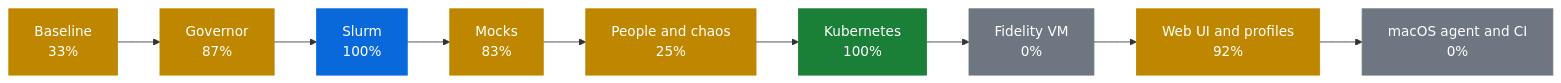
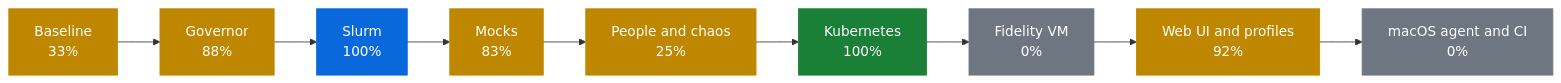
One commit to AhmedYousriSobhi/workbench changed the first of 2 diagrams in docs/PROGRESS.md. Above: the diagram before and after it, drawn with Mermaid. The commit also changed other lines of this file and 13 other files, not shown here.

````diff
--- a/docs/PROGRESS.md
+++ b/docs/PROGRESS.md
@@ -10,17 +10,17 @@
 ```mermaid
 flowchart LR
     p0["Baseline<br/>33%"]:::partial
-    p1["Governor<br/>87%"]:::partial
+    p1["Governor<br/>88%"]:::partial
     p2["Slurm<br/>100%"]:::review
     p3["Mocks<br/>83%"]:::partial
     p4["People and chaos<br/>25%"]:::partial
     p5["Kubernetes<br/>100%"]:::done
     p6["Fidelity VM<br/>0%"]:::todo
     p7["Web UI and profiles<br/>92%"]:::partial
     p8["macOS agent and CI<br/>0%"]:::todo
     p0 --> p1 --> p2 --> p3 --> p4 --> p5 --> p6 --> p7 --> p8
     classDef done fill:#1a7f37,stroke:#1a7f37,color:#fff
     classDef review fill:#0969da,stroke:#0969da,color:#fff
     classDef partial fill:#bf8700,stroke:#bf8700,color:#fff
     classDef todo fill:#6e7781,stroke:#6e7781,color:#fff
 ```
````
